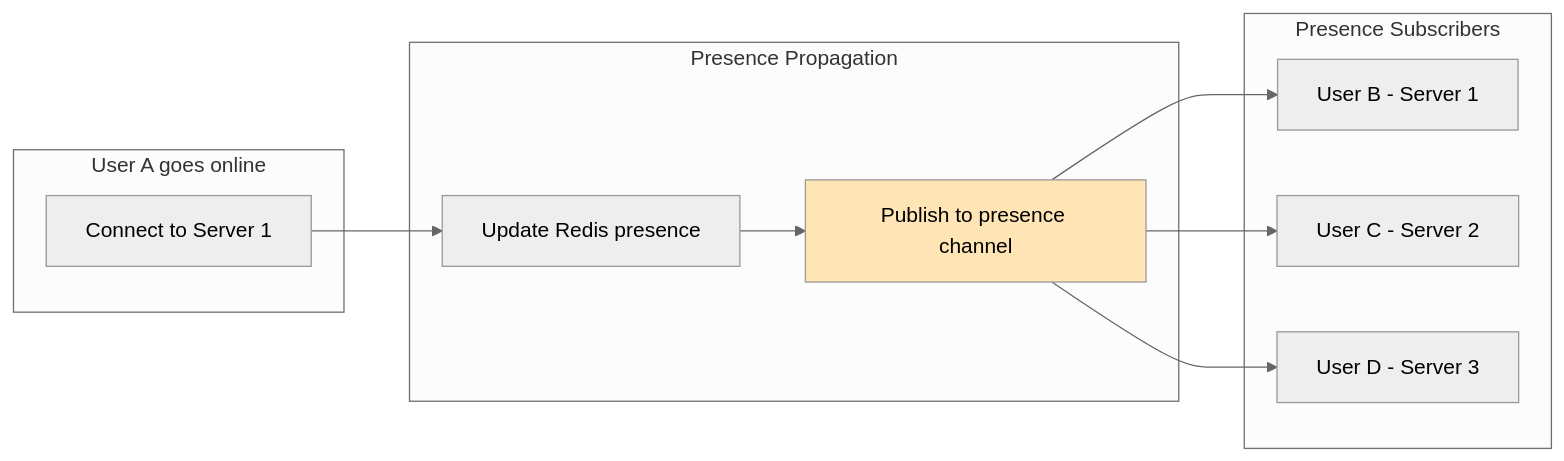
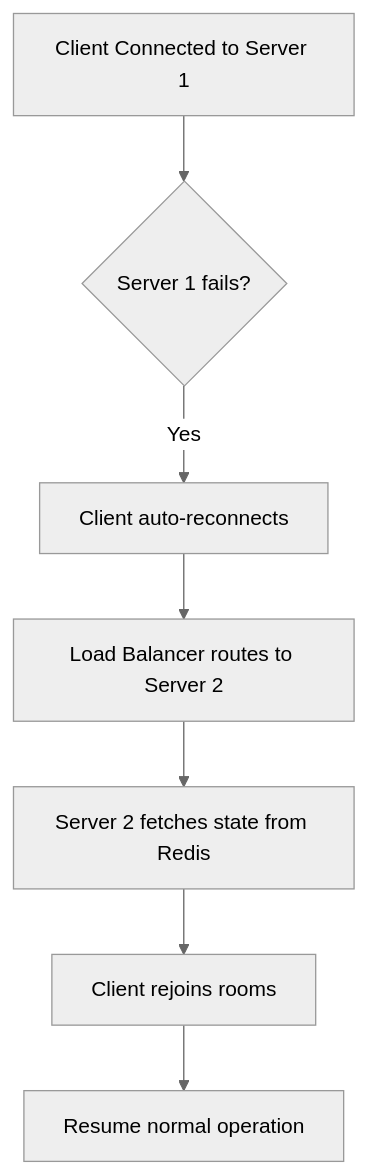
Before and after one commit to AtharvaBansod/CAAS: the diagram in flowdiagram/socket-cluster-architecture.md, drawn with Mermaid (neutral theme). The commit also changed other lines of this file and 60 other files, not shown here.

````diff
--- a/flowdiagram/socket-cluster-architecture.md
+++ b/flowdiagram/socket-cluster-architecture.md
@@ -163,25 +87,9 @@
 ```mermaid
-flowchart LR
-    subgraph UserA["User A goes online"]
-        A1[Connect to Server 1]
-    end
-
-    subgraph PresenceUpdate["Presence Propagation"]
-        P1[Update Redis presence]
-        P2[Publish to presence channel]
-    end
-
-    subgraph Subscribers["Presence Subscribers"]
-        S1[User B - Server 1]
-        S2[User C - Server 2]
-        S3[User D - Server 3]
-    end
-
-    A1 --> P1
-    P1 --> P2
-    P2 --> S1
-    P2 --> S2
-    P2 --> S3
-
-    style P2 fill:#FFE4B5
+flowchart TD
+    A[Client Connected to Server 1] --> B{Server 1 fails?}
+    B -->|Yes| C[Client auto-reconnects]
+    C --> D[Load Balancer routes to Server 2]
+    D --> E[Server 2 fetches state from Redis]
+    E --> F[Client rejoins rooms]
+    F --> G[Resume normal operation]
 ```
````
